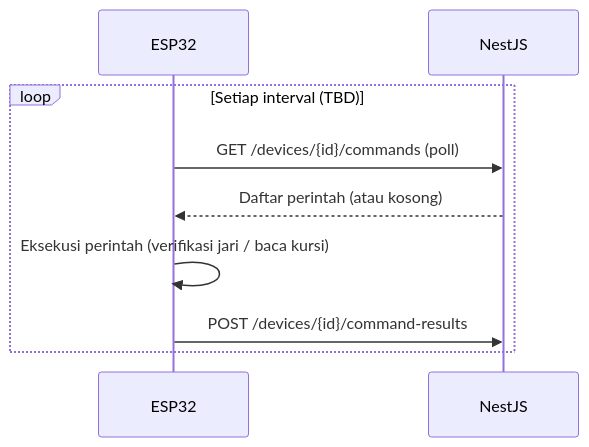
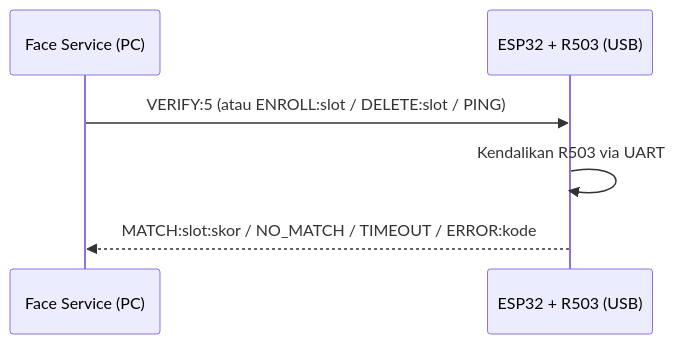
One commit to DandiKurnia/ProyekSK changed the first of 2 diagrams in ObsidianAllProgramSK/docs/communication-flow.md. Above: the diagram before and after it, drawn with Mermaid. The commit also changed other lines of this file and 18 other files, not shown here.

````diff
--- a/ObsidianAllProgramSK/docs/communication-flow.md
+++ b/ObsidianAllProgramSK/docs/communication-flow.md
@@ -32,11 +25,8 @@
 ```mermaid
 sequenceDiagram
-    participant E as ESP32
-    participant B as NestJS
-    loop Setiap interval (TBD)
-        E->>B: GET /devices/{id}/commands (poll)
-        B-->>E: Daftar perintah (atau kosong)
-        E->>E: Eksekusi perintah (verifikasi jari / baca kursi)
-        E->>B: POST /devices/{id}/command-results
-    end
+    participant F as Face Service (PC)
+    participant E as ESP32 + R503 (USB)
+    F->>E: VERIFY:5 (atau ENROLL:slot / DELETE:slot / PING)
+    E->>E: Kendalikan R503 via UART
+    E-->>F: MATCH:slot:skor / NO_MATCH / TIMEOUT / ERROR:kode
 ```
````
